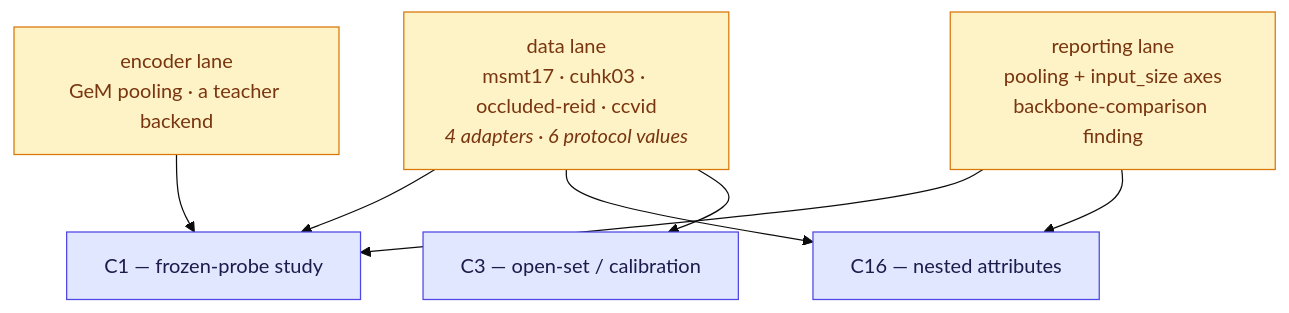
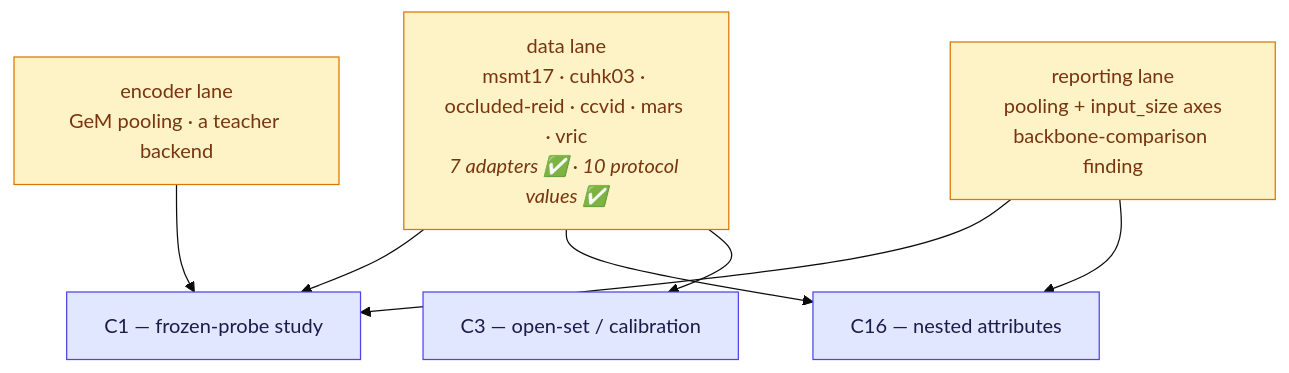
The first of 2 diagrams in docs/project/38-reidbench-owed.md (karolmajek/torment-nexus), drawn with Mermaid (base theme) before and after one commit. The commit also changed other lines of this file and 238 other files, not shown here.

````diff
--- a/docs/project/38-reidbench-owed.md
+++ b/docs/project/38-reidbench-owed.md
@@ -35,20 +35,20 @@
 ```mermaid
 flowchart TD
-    DATA["data lane<br/>msmt17 · cuhk03 · occluded-reid · ccvid<br/><i>4 adapters · 6 protocol values</i>"]
+    DATA["data lane<br/>msmt17 · cuhk03 · occluded-reid · ccvid · mars · vric<br/><i>7 adapters ✅ · 10 protocol values ✅</i>"]
     ENC["encoder lane<br/>GeM pooling · a teacher backend"]
     CHK["reporting lane<br/>pooling + input_size axes<br/>backbone-comparison finding"]
     C1["C1 — frozen-probe study"]
     C16["C16 — nested attributes"]
     C3["C3 — open-set / calibration"]
     DATA --> C1
     DATA --> C16
     DATA --> C3
     ENC --> C1
     CHK --> C1
     CHK --> C16
 
     classDef lane fill:#fef3c7,stroke:#d97706,color:#78350f
     classDef exp fill:#e0e7ff,stroke:#4f46e5,color:#1e1b4b
     class DATA,ENC,CHK lane
     class C1,C16,C3 exp
 ```
````
